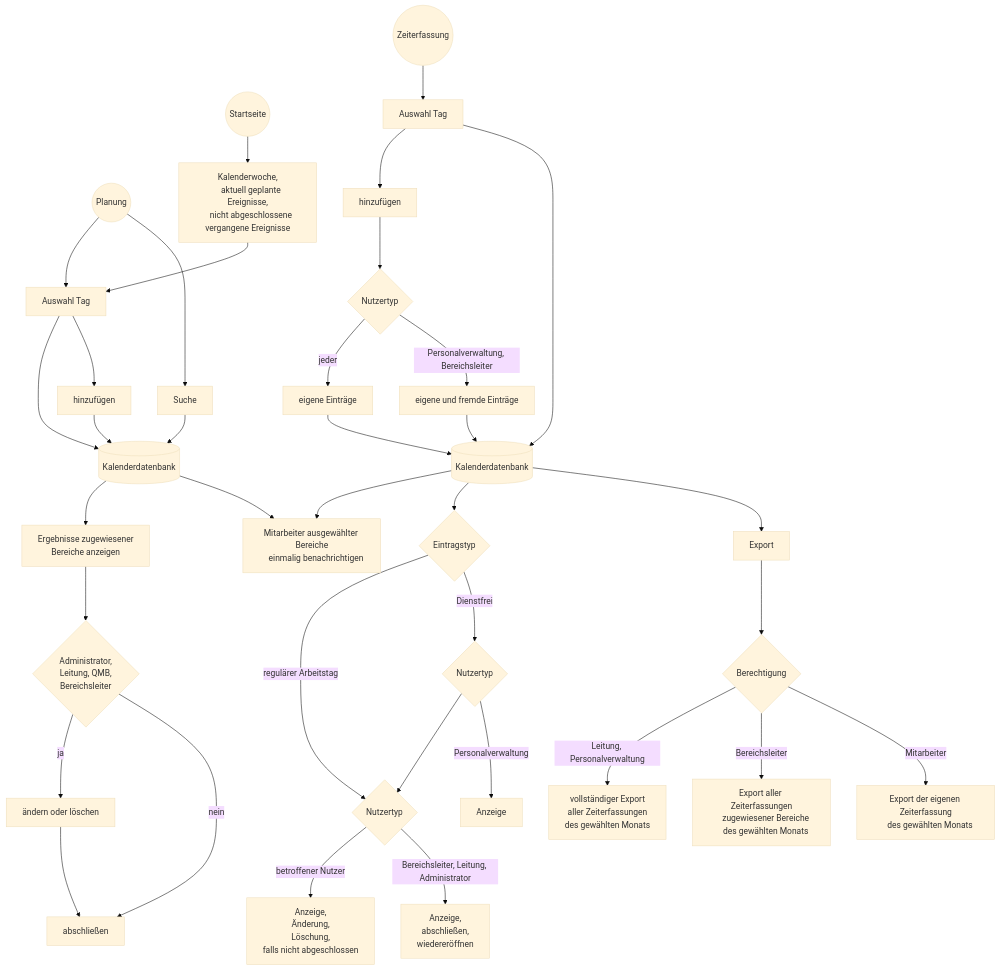
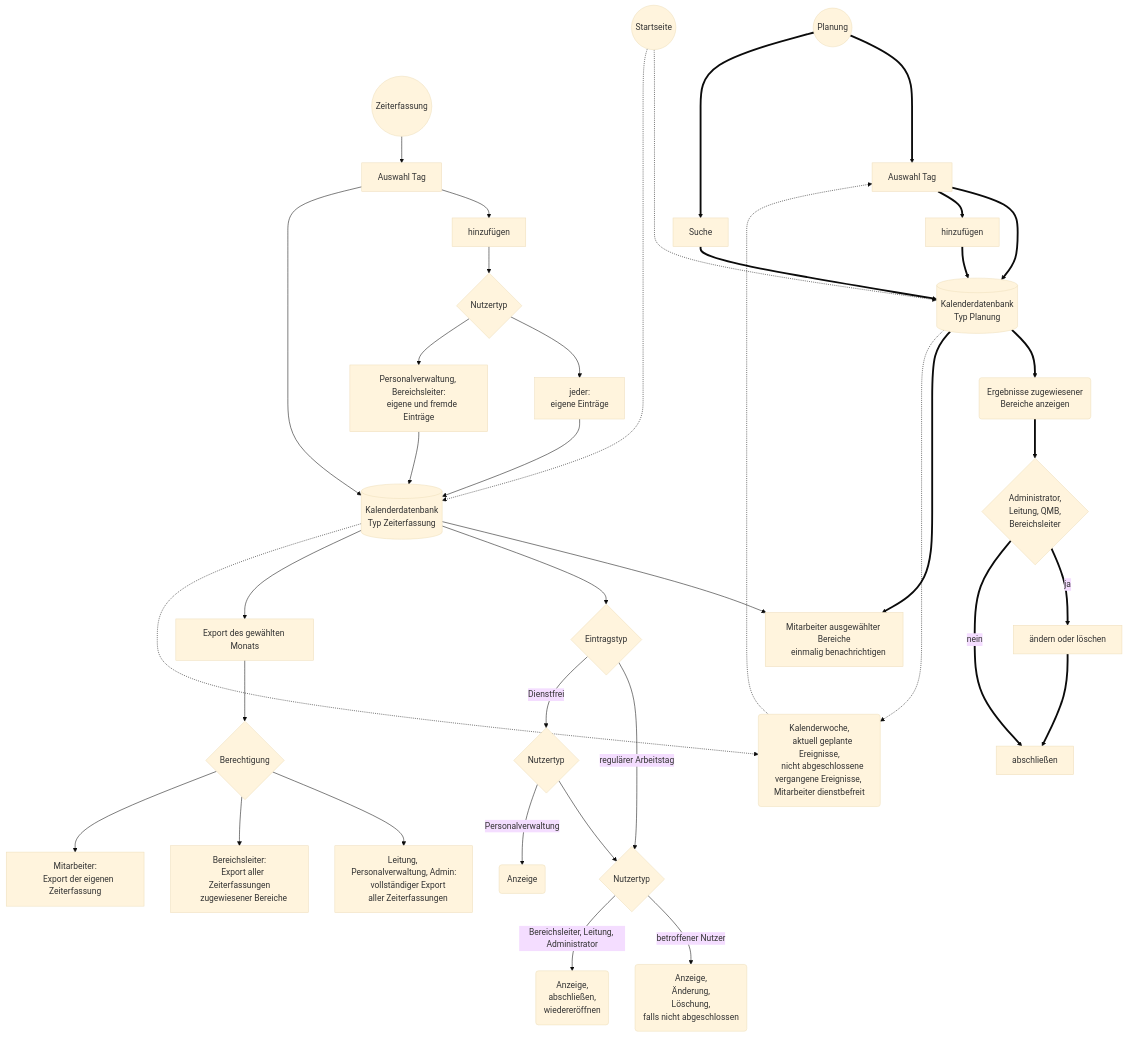
The fifth of 7 diagrams in readme.de.md (erroronline1/caro), drawn with Mermaid (base theme) before and after one commit. The commit also changed other lines of this file and 1 other file, not shown here.

Commit message:
flowcharts updates

````diff
--- a/readme.de.md
+++ b/readme.de.md
@@ -601,57 +617,64 @@
 ```mermaid
 graph TD;
-    scheduling((Planung))-->select_day[Auswahl Tag];
-    scheduling-->search[Suche];
-    select_day-->database[(Kalenderdatenbank)];
-    select_day-->add[hinzufügen];
-    add-->database;
-    search-->database;
-    database-->matches["Ergebnisse zugewiesener
-    Bereiche anzeigen"];
-    matches-->permission{"Administrator,
+    scheduling((Planung))===>select_day[Auswahl Tag];
+    scheduling==>search[Suche];
+    select_day==>database[("Kalenderdatenbank
+    Typ Planung")];
+    select_day==>add[hinzufügen];
+    add==>database;
+    search==>database;
+    database==>matches("Ergebnisse zugewiesener
+    Bereiche anzeigen");
+    matches==>permission{"Administrator,
     Leitung, QMB,
     Bereichsleiter"};
-    permission-->|ja|edit[ändern oder löschen];
-    permission-->|nein|complete[abschließen];
-    edit-->complete;
-    database-->alert["Mitarbeiter ausgewählter Bereiche
+    permission==>|ja|edit[ändern oder löschen];
+    permission==>|nein|complete[abschließen];
+    edit==>complete;
+    database==>alert["Mitarbeiter ausgewählter Bereiche
     einmalig benachrichtigen"]
-
-    landing_page((Startseite))-->summary["Kalenderwoche,
-    aktuell geplante Ereignisse,
-    nicht abgeschlossene vergangene Ereignisse"];
-    summary-->select_day
 
     timesheet((Zeiterfassung))-->select_day2[Auswahl Tag];
     select_day2-->add2[hinzufügen];
     add2-->usertype{Nutzertyp};
-    usertype-->|jeder|own[eigene Einträge];
-    usertype-->|Personalverwaltung, Bereichsleiter|foreign[eigene und fremde Einträge];
-    own-->database2;
+    usertype-->any["jeder:
+    eigene Einträge"];
+    usertype-->foreign["Personalverwaltung, Bereichsleiter:
+    eigene und fremde Einträge"];
+    any-->database2;
     foreign-->database2;
-    select_day2-->database2[(Kalenderdatenbank)];
+    select_day2-->database2[("Kalenderdatenbank
+    Typ Zeiterfassung")];
     database2-->alert;
     database2-->entrytype{Eintragstyp};
     entrytype-->|regulärer Arbeitstag|usertype2{Nutzertyp};
-    usertype2-->|betroffener Nutzer|display_edit["Anzeige,
+    usertype2-->|betroffener Nutzer|display_edit("Anzeige,
     Änderung,
     Löschung,
-    falls nicht abgeschlossen"];
-    usertype2-->|Bereichsleiter, Leitung, Administrator|display_close["Anzeige,
+    falls nicht abgeschlossen");
+    usertype2-->|Bereichsleiter, Leitung, Administrator|display_close("Anzeige,
     abschließen,
-    wiedereröffnen"];
+    wiedereröffnen");
     entrytype-->|Dienstfrei|usertype3{Nutzertyp};
     usertype3-->usertype2;
-    usertype3-->|Personalverwaltung|display_only[Anzeige]
+    usertype3-->|Personalverwaltung|display_only(Anzeige)
     
-    database2-->export[Export];
+    database2-->export[Export des gewählten Monats];
     export-->permission2{Berechtigung};
-    permission2-->|Leitung, Personalverwaltung|fullexport["vollständiger Export
-    aller Zeiterfassungen
-    des gewählten Monats"];
-    permission2-->|Bereichsleiter|partexport["Export aller Zeiterfassungen
-    zugewiesener Bereiche
-    des gewählten Monats"];
-    permission2-->|Mitarbeiter|ownexport["Export der eigenen Zeiterfassung
-    des gewählten Monats"]
+    permission2-->fullexport["Leitung, Personalverwaltung, Admin:
+    vollständiger Export
+    aller Zeiterfassungen"];
+    permission2-->partexport["Bereichsleiter:
+    Export aller Zeiterfassungen
+    zugewiesener Bereiche"];
+    permission2-->ownexport["Mitarbeiter:
+    Export der eigenen Zeiterfassung"]
+
+    landing_page((Startseite))-....->database;
+    landing_page-......->database2;
+    database-.->summary("Kalenderwoche,
+    aktuell geplante Ereignisse,
+    nicht abgeschlossene vergangene Ereignisse, Mitarbeiter dienstbefreit");
+    database2-.->summary;
+    summary-......->select_day
 ```
````
